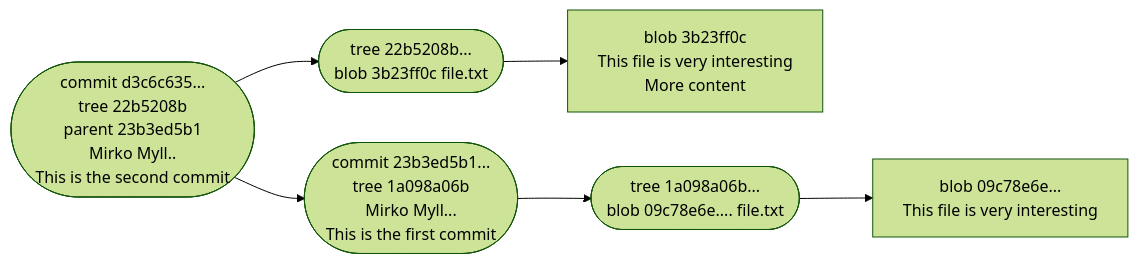
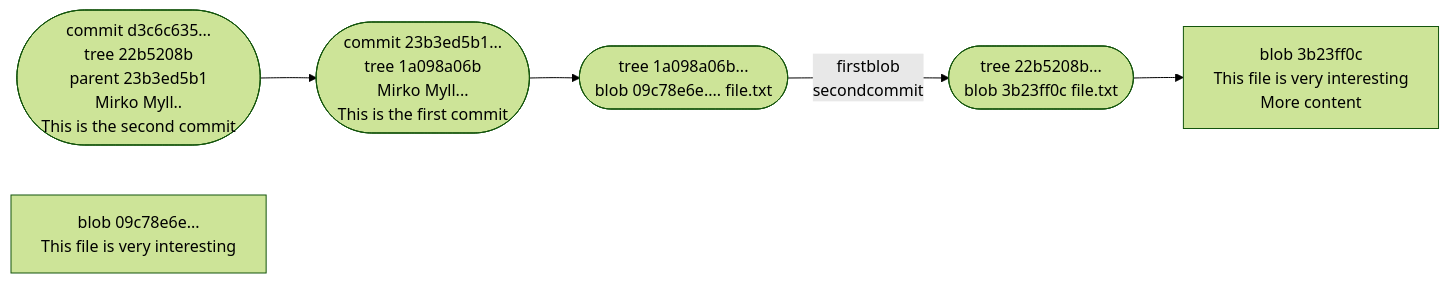
Diagram 15 of 26 in docs/basic-concepts.md (hpc2n/course-intro-git), drawn with Mermaid (forest theme) before and after one commit. The commit also changed other lines of this file, not shown here.

Commit message:
Adding lecture 3

````diff
--- a/docs/basic-concepts.md
+++ b/docs/basic-concepts.md
@@ -963,16 +963,11 @@
 ```mermaid
 graph LR
-  secondcommit(["commit d3c6c635...<br>tree 22b5208b<br>parent 23b3ed5b1<br>Mirko Myll..<br>This is the second commit"])
-
-  firstcommit(["commit 23b3ed5b1...<br>tree 1a098a06b<br>Mirko Myll...<br>This is the first commit"])
-  
+  secondcommit(["commit d3c6c635...<br>tree 22b5208b<br>parent 23b3ed5b1<br>Mirko Myll..<br>This is the second commit"]) --> firstcommit(["commit 23b3ed5b1...<br>tree 1a098a06b<br>Mirko Myll...<br>This is the first commit"])
   secondblob["blob 3b23ff0c<br>This file is very interesting<br>More content"]
   firstblob["blob 09c78e6e...<br>This file is very interesting"]
+  tree2(["tree 1a098a06b...<br>blob 09c78e6e.... file.txt"])
   tree1(["tree 22b5208b...<br>blob 3b23ff0c file.txt"])
-  tree2(["tree 1a098a06b...<br>blob 09c78e6e.... file.txt"])
   
-  secondcommit --> firstcommit --> tree2
+  firstcommit --> tree2 -- firstblob
   secondcommit --> tree1 --> secondblob
-
-  tree2 --> firstblob
 ```
````
